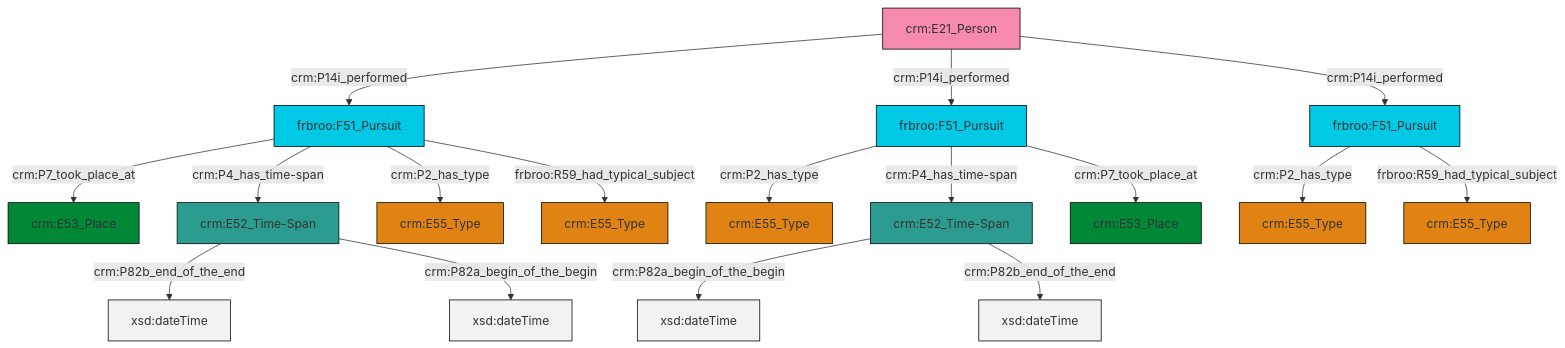
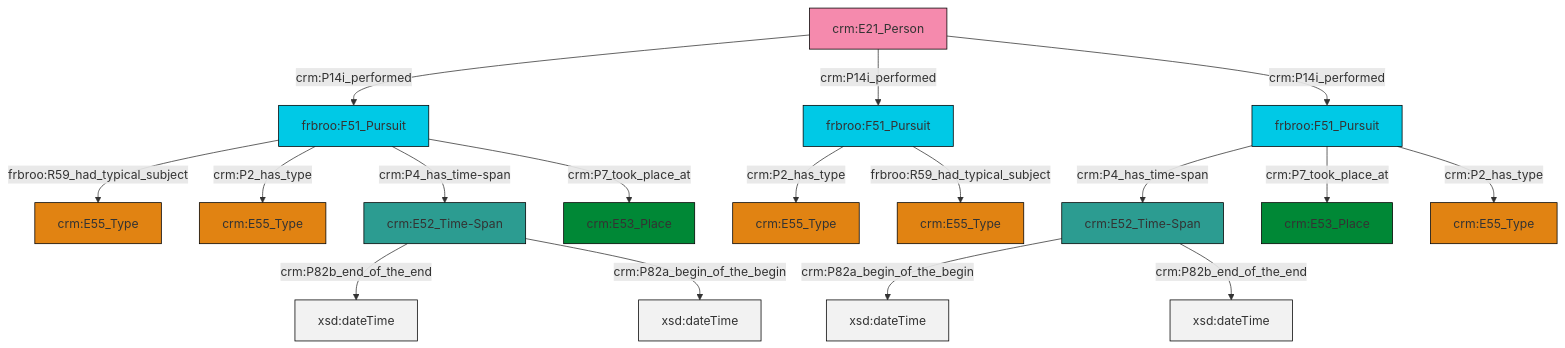
The diagram in et/personCSV/ttl/mmd/Person_Event.ttl.mmd (ncarboni/srdm), drawn with Mermaid before and after one commit. The commit also changed 367 other files, not shown here.

```diff
--- a/et/personCSV/ttl/mmd/Person_Event.ttl.mmd
+++ b/et/personCSV/ttl/mmd/Person_Event.ttl.mmd
@@ -1,31 +1,31 @@
 graph TD
 classDef Literal fill:#f2f2f2,stroke:#000000;
 classDef CRM_Entity fill:#FFFFFF,stroke:#000000;
 classDef Temporal_Entity fill:#00C9E6, stroke:#000000;
 classDef Type fill:#E18312, stroke:#000000;
 classDef Time-Span fill:#2C9C91, stroke:#000000;
 classDef Appellation fill:#FFEB7F, stroke:#000000;
 classDef Place fill:#008836, stroke:#000000;
 classDef Persistent_Item fill:#B266B2, stroke:#000000;
 classDef Conceptual_Object fill:#FFD700, stroke:#000000;
 classDef Physical_Thing fill:#D2B48C, stroke:#000000;
 classDef Actor fill:#f58aad, stroke:#000000;
 classDef PC_Classes fill:#4ce600, stroke:#000000;
 classDef Multi fill:#cccccc,stroke:#000000;
 
-2["crm:E52_Time-Span"]:::Time-Span -->|crm:P82b_end_of_the_end| 3[xsd:dateTime]:::Literal
-5["crm:E52_Time-Span"]:::Time-Span -->|crm:P82a_begin_of_the_begin| 6[xsd:dateTime]:::Literal
-7["frbroo:F51_Pursuit"]:::Temporal_Entity -->|crm:P7_took_place_at| 8["crm:E53_Place"]:::Place
-7["frbroo:F51_Pursuit"]:::Temporal_Entity -->|crm:P4_has_time-span| 2["crm:E52_Time-Span"]:::Time-Span
-15["crm:E21_Person"]:::Actor -->|crm:P14i_performed| 7["frbroo:F51_Pursuit"]:::Temporal_Entity
-7["frbroo:F51_Pursuit"]:::Temporal_Entity -->|crm:P2_has_type| 9["crm:E55_Type"]:::Type
-21["frbroo:F51_Pursuit"]:::Temporal_Entity -->|crm:P2_has_type| 11["crm:E55_Type"]:::Type
-13["frbroo:F51_Pursuit"]:::Temporal_Entity -->|crm:P2_has_type| 0["crm:E55_Type"]:::Type
-15["crm:E21_Person"]:::Actor -->|crm:P14i_performed| 13["frbroo:F51_Pursuit"]:::Temporal_Entity
-15["crm:E21_Person"]:::Actor -->|crm:P14i_performed| 21["frbroo:F51_Pursuit"]:::Temporal_Entity
-7["frbroo:F51_Pursuit"]:::Temporal_Entity -->|frbroo:R59_had_typical_subject| 22["crm:E55_Type"]:::Type
-13["frbroo:F51_Pursuit"]:::Temporal_Entity -->|crm:P4_has_time-span| 5["crm:E52_Time-Span"]:::Time-Span
-2["crm:E52_Time-Span"]:::Time-Span -->|crm:P82a_begin_of_the_begin| 30[xsd:dateTime]:::Literal
-5["crm:E52_Time-Span"]:::Time-Span -->|crm:P82b_end_of_the_end| 31[xsd:dateTime]:::Literal
-13["frbroo:F51_Pursuit"]:::Temporal_Entity -->|crm:P7_took_place_at| 18["crm:E53_Place"]:::Place
-21["frbroo:F51_Pursuit"]:::Temporal_Entity -->|frbroo:R59_had_typical_subject| 28["crm:E55_Type"]:::Type
+2["frbroo:F51_Pursuit"]:::Temporal_Entity -->|frbroo:R59_had_typical_subject| 3["crm:E55_Type"]:::Type
+4["crm:E21_Person"]:::Actor -->|crm:P14i_performed| 2["frbroo:F51_Pursuit"]:::Temporal_Entity
+2["frbroo:F51_Pursuit"]:::Temporal_Entity -->|crm:P2_has_type| 5["crm:E55_Type"]:::Type
+4["crm:E21_Person"]:::Actor -->|crm:P14i_performed| 6["frbroo:F51_Pursuit"]:::Temporal_Entity
+7["crm:E52_Time-Span"]:::Time-Span -->|crm:P82a_begin_of_the_begin| 8[xsd:dateTime]:::Literal
+9["crm:E52_Time-Span"]:::Time-Span -->|crm:P82b_end_of_the_end| 10[xsd:dateTime]:::Literal
+15["frbroo:F51_Pursuit"]:::Temporal_Entity -->|crm:P4_has_time-span| 7["crm:E52_Time-Span"]:::Time-Span
+9["crm:E52_Time-Span"]:::Time-Span -->|crm:P82a_begin_of_the_begin| 17[xsd:dateTime]:::Literal
+4["crm:E21_Person"]:::Actor -->|crm:P14i_performed| 15["frbroo:F51_Pursuit"]:::Temporal_Entity
+6["frbroo:F51_Pursuit"]:::Temporal_Entity -->|crm:P2_has_type| 0["crm:E55_Type"]:::Type
+2["frbroo:F51_Pursuit"]:::Temporal_Entity -->|crm:P4_has_time-span| 9["crm:E52_Time-Span"]:::Time-Span
+6["frbroo:F51_Pursuit"]:::Temporal_Entity -->|frbroo:R59_had_typical_subject| 12["crm:E55_Type"]:::Type
+7["crm:E52_Time-Span"]:::Time-Span -->|crm:P82b_end_of_the_end| 21[xsd:dateTime]:::Literal
+15["frbroo:F51_Pursuit"]:::Temporal_Entity -->|crm:P7_took_place_at| 26["crm:E53_Place"]:::Place
+15["frbroo:F51_Pursuit"]:::Temporal_Entity -->|crm:P2_has_type| 22["crm:E55_Type"]:::Type
+2["frbroo:F51_Pursuit"]:::Temporal_Entity -->|crm:P7_took_place_at| 19["crm:E53_Place"]:::Place
```
